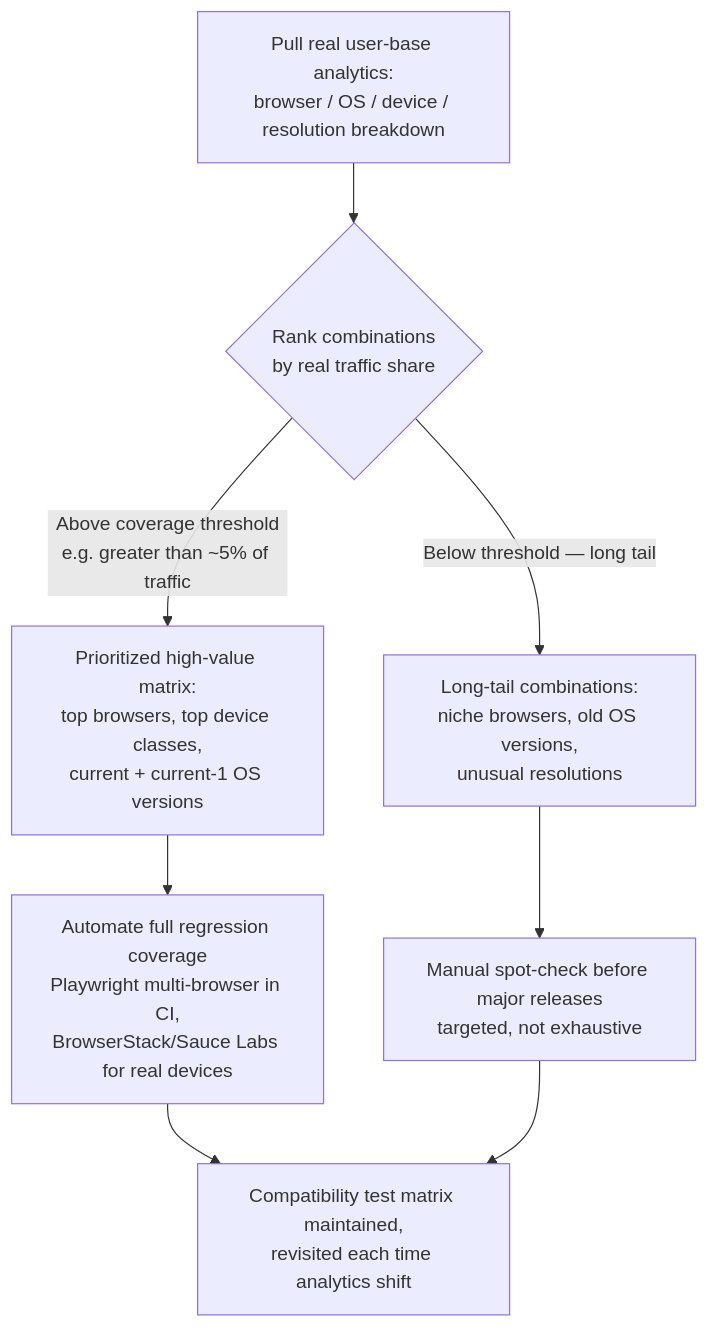
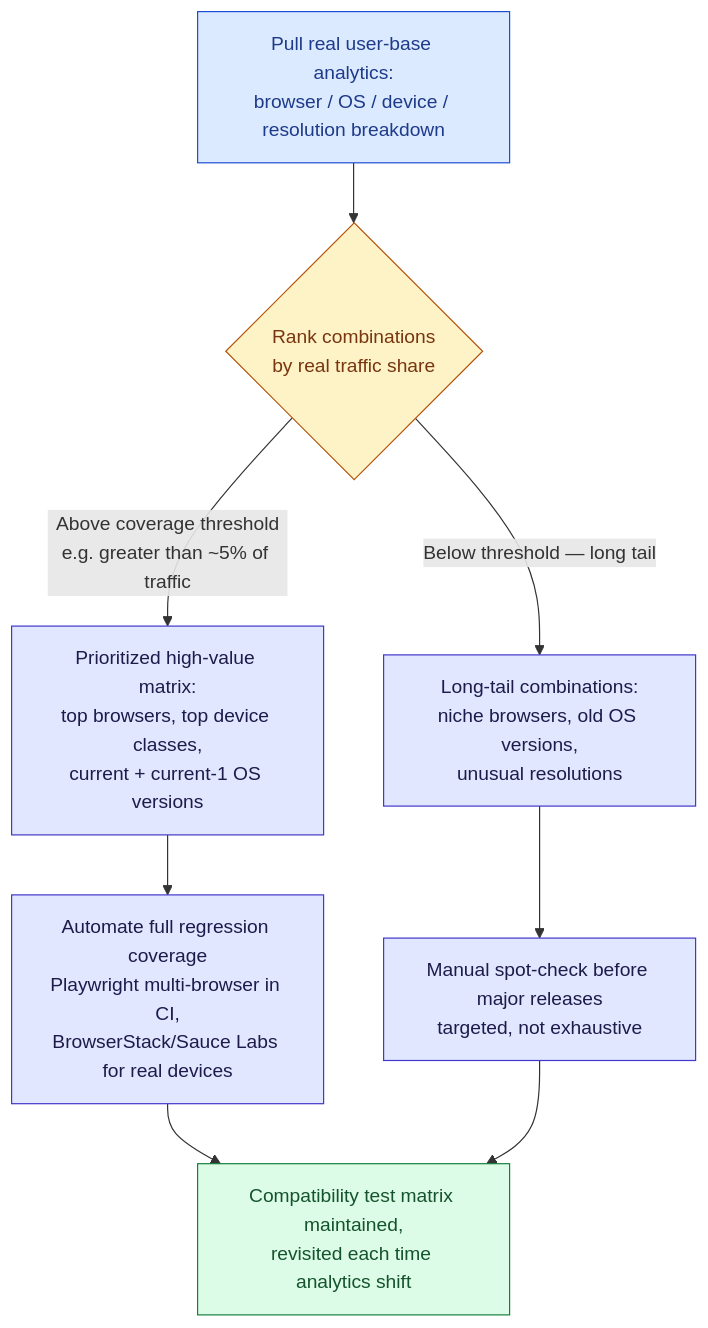
One commit to ghanendra-sdet/non-functional-testing-playbook changed the diagram in Part_08_Compatibility_Testing.md. Above: the diagram before and after it, drawn with Mermaid. The commit also changed other lines of this file and 15 other files, not shown here.

Commit message:
Fix ToC anchors and theme re-render; update to OWASP 2025, WCAG 2.2, PCI DSS 4.0.1; style diagrams

````diff
--- a/Part_08_Compatibility_Testing.md
+++ b/Part_08_Compatibility_Testing.md
@@ -366,10 +366,20 @@
 ```mermaid
 graph TD
     A[Pull real user-base analytics:<br/>browser / OS / device / resolution breakdown] --> B{Rank combinations<br/>by real traffic share}
     B -->|Above coverage threshold<br/>e.g. greater than ~5% of traffic| C[Prioritized high-value matrix:<br/>top browsers, top device classes,<br/>current + current-1 OS versions]
     B -->|Below threshold — long tail| D[Long-tail combinations:<br/>niche browsers, old OS versions,<br/>unusual resolutions]
     C --> E[Automate full regression coverage<br/>Playwright multi-browser in CI,<br/>BrowserStack/Sauce Labs for real devices]
     D --> F[Manual spot-check before major releases<br/>targeted, not exhaustive]
     E --> G[Compatibility test matrix maintained,<br/>revisited each time analytics shift]
     F --> G
+
+    classDef start fill:#dbeafe,stroke:#1d4ed8,color:#1e3a8a
+    classDef step fill:#e0e7ff,stroke:#4338ca,color:#1e1b4b
+    classDef decision fill:#fef3c7,stroke:#b45309,color:#78350f
+    classDef good fill:#dcfce7,stroke:#15803d,color:#14532d
+    classDef bad fill:#fee2e2,stroke:#b91c1c,color:#7f1d1d
+    class A start
+    class B decision
+    class C,D,E,F step
+    class G good
 ```
````
